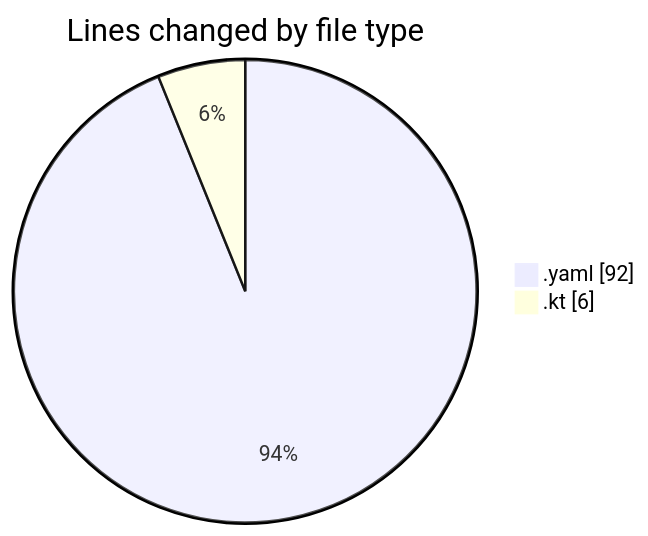
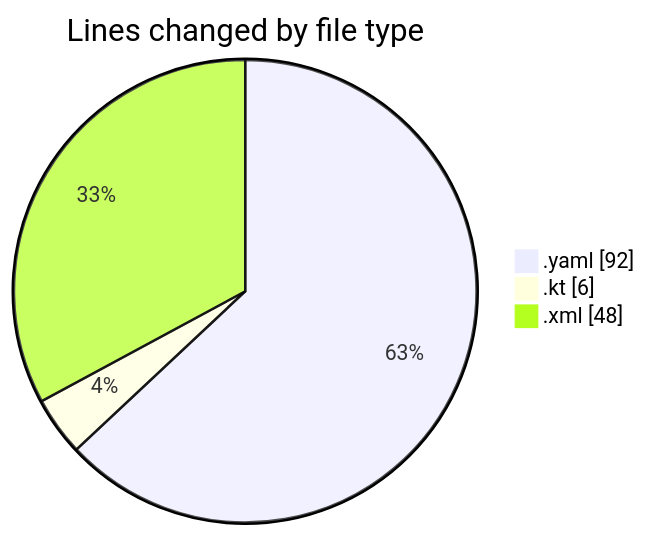
The first of 2 diagrams in 2025-02-19/uber_clone/README.md (donsfak/code-tracking), drawn with Mermaid before and after one commit. The commit also changed other lines of this file and 1 other file, not shown here.

````diff
--- a/2025-02-19/uber_clone/README.md
+++ b/2025-02-19/uber_clone/README.md
@@ -21,6 +22,7 @@
 ```mermaid
 pie showData
 title Lines changed by file type
 ".yaml" : 92
 ".kt" : 6
+".xml" : 48
 ```
````
